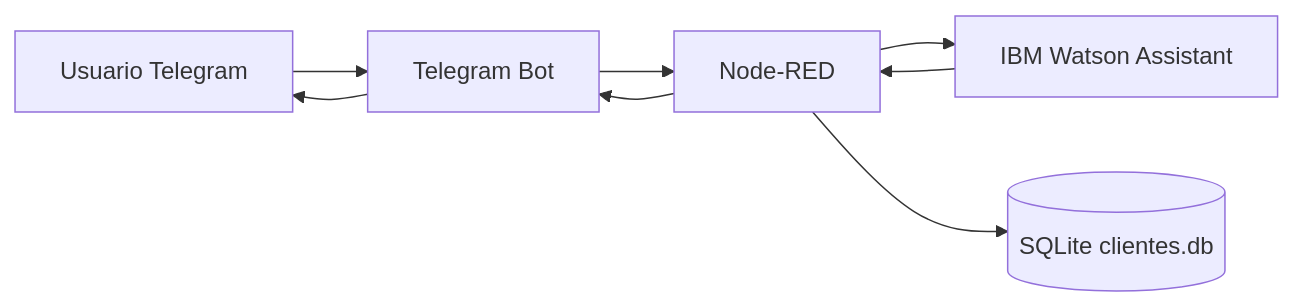
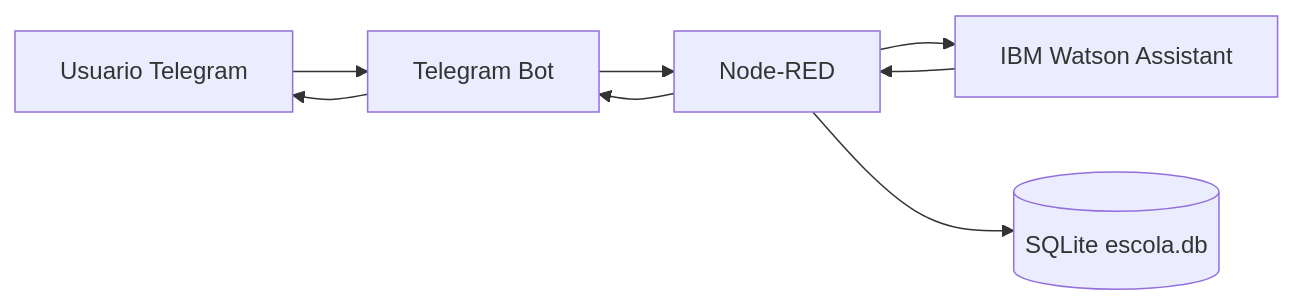
The diagram in README.md (rodrigopaixao/lymia), drawn with Mermaid before and after one commit. The commit also changed other lines of this file and 2 other files, not shown here.

Commit message:
Add academic schema and flow debug nodes

````diff
--- a/README.md
+++ b/README.md
@@ -7,10 +7,10 @@
 ```mermaid
 flowchart LR
   U[Usuario Telegram] --> T[Telegram Bot]
   T --> NR[Node-RED]
   NR --> W[IBM Watson Assistant]
   W --> NR
-  NR --> DB[(SQLite clientes.db)]
+  NR --> DB[(SQLite escola.db)]
   NR --> T
   T --> U
 ```
````
